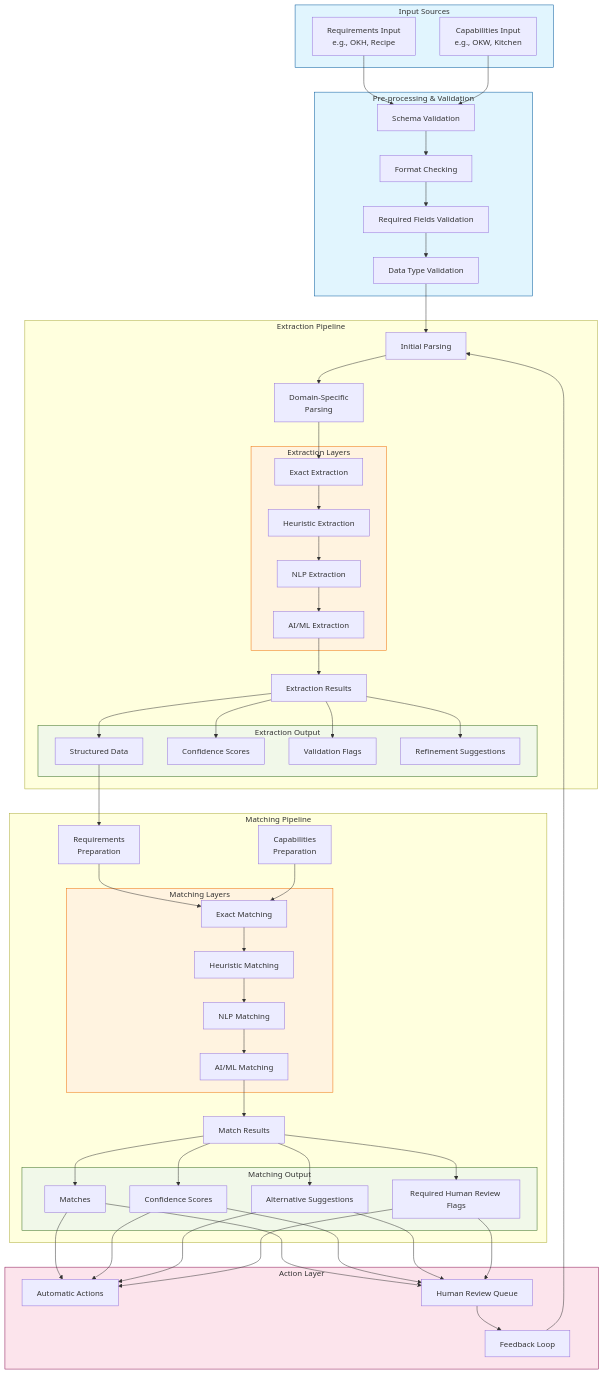
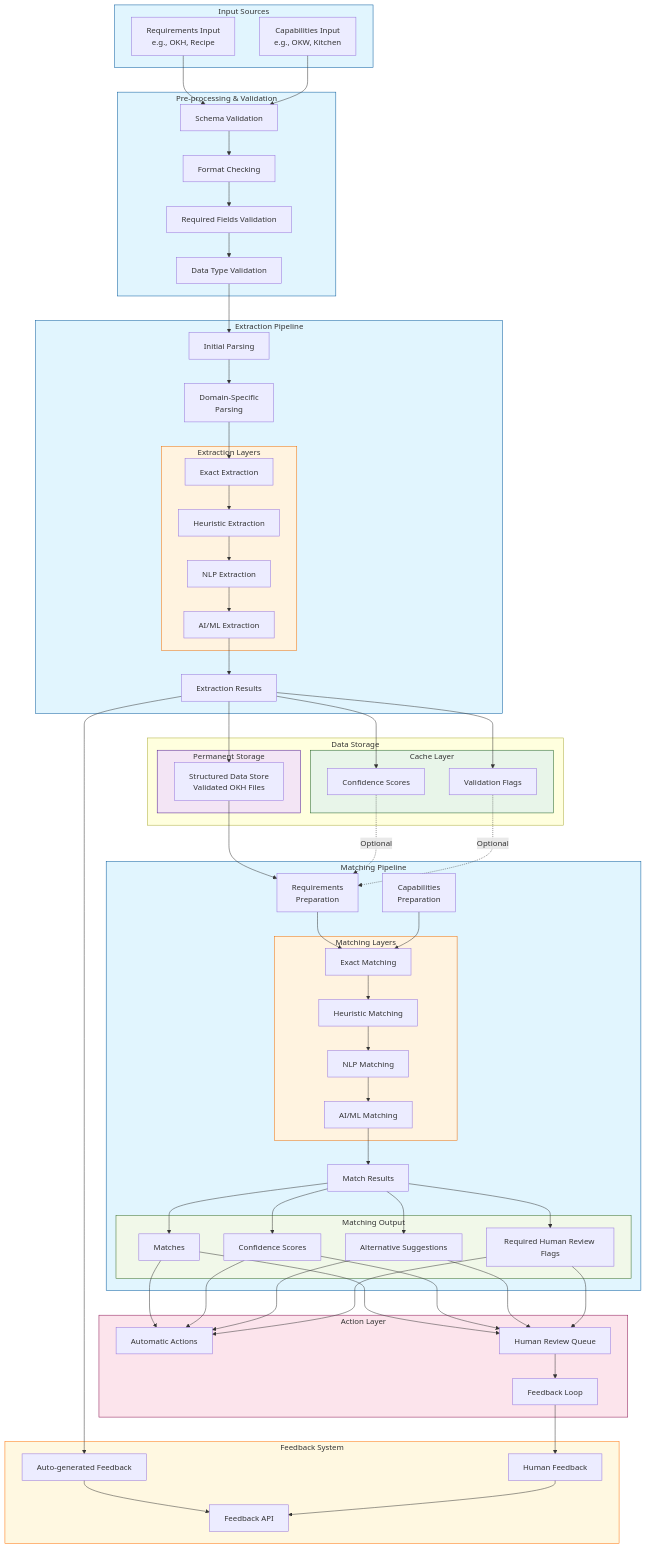
Before and after one commit to helpfulengineering/supply-graph-ai: the diagram in docs/system-diagram.md, drawn with Mermaid. The commit also changed 26 other files, not shown here.

````diff
--- a/docs/system-diagram.md
+++ b/docs/system-diagram.md
@@ -26,12 +26,23 @@
         end
         
         ER1[Extraction Results]
-        subgraph ext_output[Extraction Output]
-            EO1[Structured Data]
-            EO2[Confidence Scores]
-            EO3[Validation Flags]
-            EO4[Refinement Suggestions]
+    end
+
+    subgraph storage[Data Storage]
+        subgraph permanent[Permanent Storage]
+            PS1[Structured Data Store\nValidated OKH Files]
         end
+        
+        subgraph cache[Cache Layer]
+            C1[Confidence Scores]
+            C2[Validation Flags]
+        end
+    end
+
+    subgraph feedback[Feedback System]
+        F1[Auto-generated Feedback]
+        F2[Human Feedback]
+        F3[Feedback API]
     end
 
     subgraph matching[Matching Pipeline]
@@ -60,11 +71,11 @@
         A3[Feedback Loop]
     end
 
+    %% Input to Extraction flow
     I1 & I2 --> V1
     V1 --> V2
     V2 --> V3
     V3 --> V4
-    
     V4 --> EP1
     EP1 --> EP2
     EP2 --> EL1
@@ -72,9 +83,18 @@
     EL2 --> EL3
     EL3 --> EL4
     EL4 --> ER1
-    ER1 --> EO1 & EO2 & EO3 & EO4
+
+    %% Extraction Results to Storage and Feedback
+    ER1 --> PS1
+    ER1 --> C1
+    ER1 --> C2
+    ER1 --> F1
+
+    %% Storage to Matching flow
+    PS1 --> MP1
+    C1 & C2 -.->|Optional| MP1
     
-    EO1 --> MP1
+    %% Matching flow
     MP1 & MP2 --> ML1
     ML1 --> ML2
     ML2 --> ML3
@@ -82,17 +102,25 @@
     ML4 --> MR1
     MR1 --> MO1 & MO2 & MO3 & MO4
     
+    %% Actions and Feedback flow
     MO1 & MO2 & MO3 & MO4 --> A1 & A2
     A2 --> A3
-    A3 --> EP1
+    A3 --> F2
+    F1 & F2 --> F3
 
     classDef pipeline fill:#e1f5fe,stroke:#01579b
     classDef layer fill:#fff3e0,stroke:#ef6c00
+    classDef storage fill:#f3e5f5,stroke:#4a148c
+    classDef cache fill:#e8f5e9,stroke:#1b5e20
+    classDef feedback fill:#fff8e1,stroke:#ff6f00
     classDef output fill:#f1f8e9,stroke:#33691e
     classDef action fill:#fce4ec,stroke:#880e4f
     
-    class inputs,preproc pipeline
+    class inputs,preproc,extraction,matching pipeline
     class ext_layers,match_layers layer
-    class ext_output,match_output output
+    class permanent storage
+    class cache cache
+    class feedback feedback
+    class match_output output
     class actions action
 ```
````
